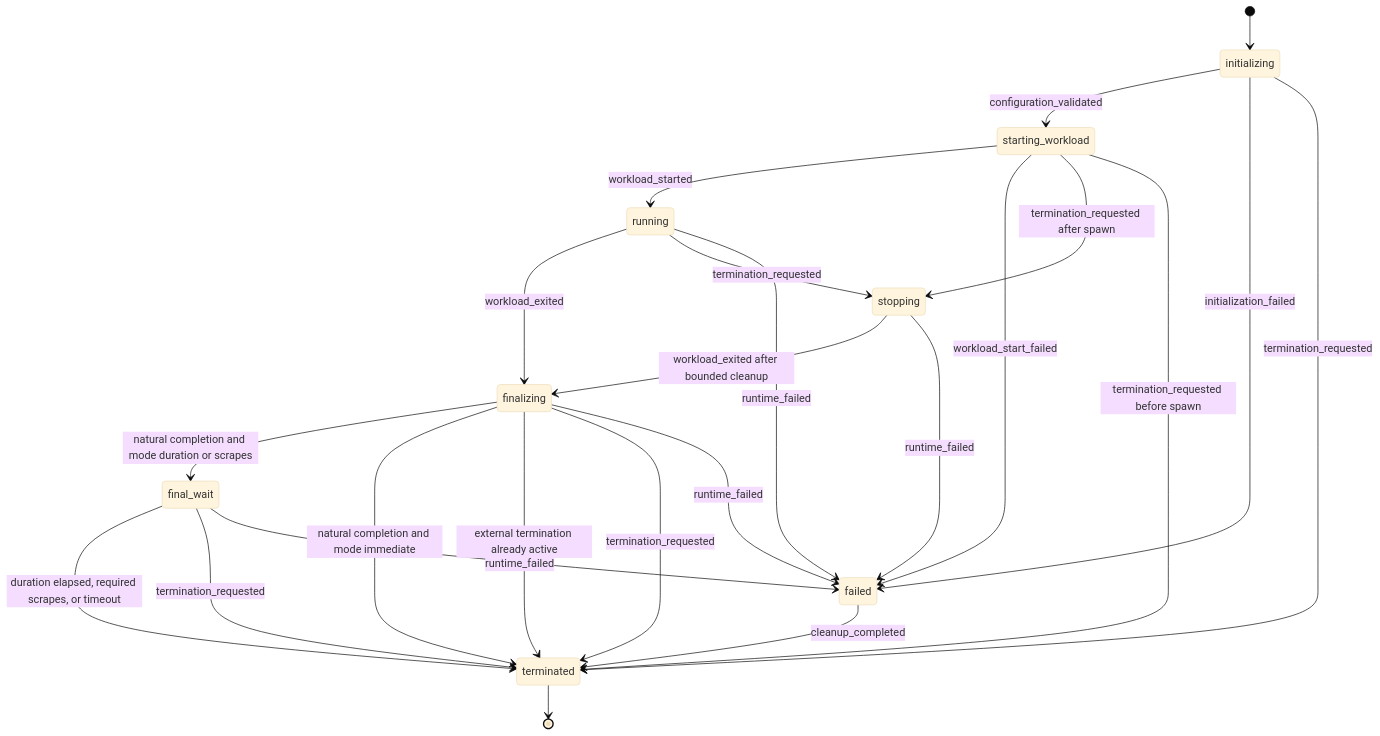
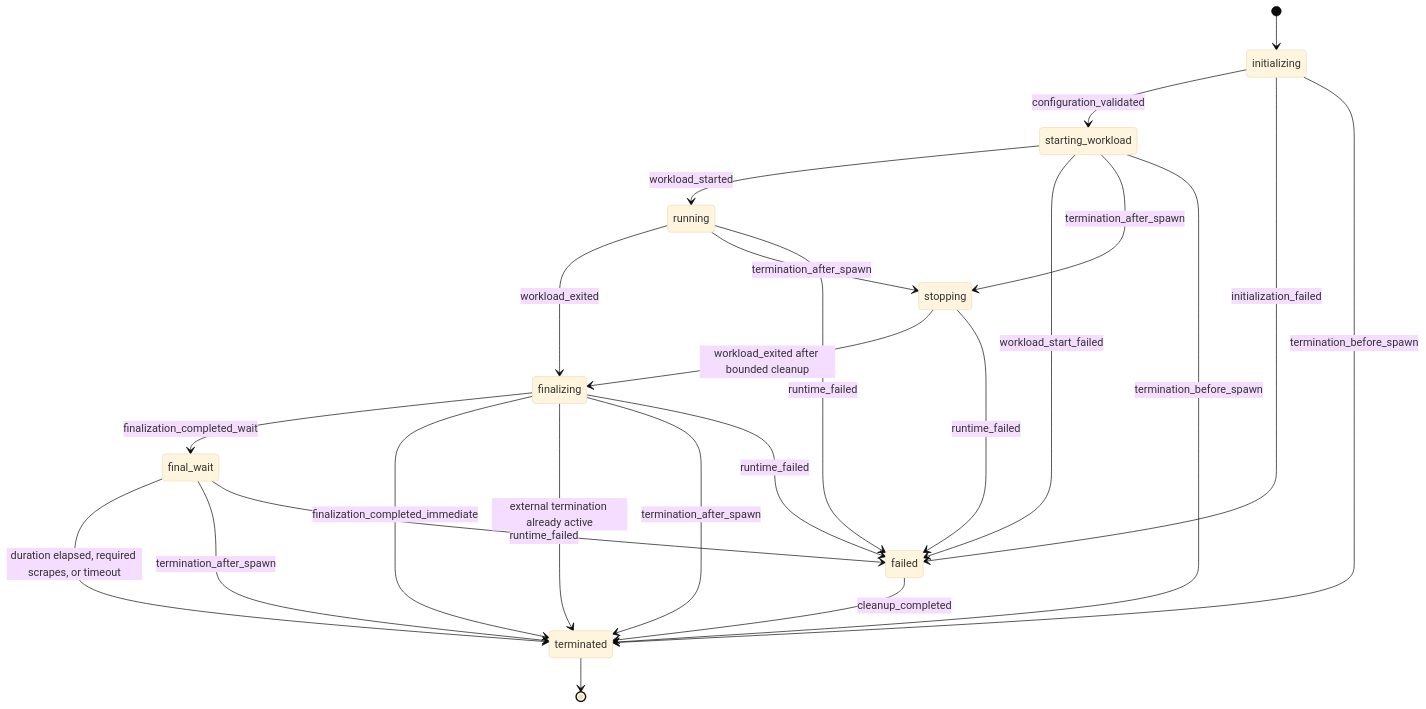
Before and after one commit to Denki77/metricshell: the diagram in docs-ru/04-specification/runtime-state-machine.md, drawn with Mermaid (base theme). The commit also changed other lines of this file and 12 other files, not shown here.

```diff
--- a/docs-ru/04-specification/runtime-state-machine.md
+++ b/docs-ru/04-specification/runtime-state-machine.md
@@ -67,26 +73,26 @@
 ~~~mermaid
 stateDiagram-v2
     [*] --> initializing
     initializing --> starting_workload: configuration_validated
     initializing --> failed: initialization_failed
-    initializing --> terminated: termination_requested
+    initializing --> terminated: termination_before_spawn
     starting_workload --> running: workload_started
     starting_workload --> failed: workload_start_failed
-    starting_workload --> stopping: termination_requested after spawn
-    starting_workload --> terminated: termination_requested before spawn
+    starting_workload --> stopping: termination_after_spawn
+    starting_workload --> terminated: termination_before_spawn
     running --> finalizing: workload_exited
-    running --> stopping: termination_requested
+    running --> stopping: termination_after_spawn
     running --> failed: runtime_failed
     stopping --> finalizing: workload_exited after bounded cleanup
     stopping --> failed: runtime_failed
-    finalizing --> final_wait: natural completion and mode duration or scrapes
-    finalizing --> terminated: natural completion and mode immediate
+    finalizing --> final_wait: finalization_completed_wait
+    finalizing --> terminated: finalization_completed_immediate
     finalizing --> terminated: external termination already active
-    finalizing --> terminated: termination_requested
+    finalizing --> terminated: termination_after_spawn
     finalizing --> failed: runtime_failed
     final_wait --> terminated: duration elapsed, required scrapes, or timeout
-    final_wait --> terminated: termination_requested
+    final_wait --> terminated: termination_after_spawn
     final_wait --> failed: runtime_failed
     failed --> terminated: cleanup_completed
     terminated --> [*]
 ~~~
```
